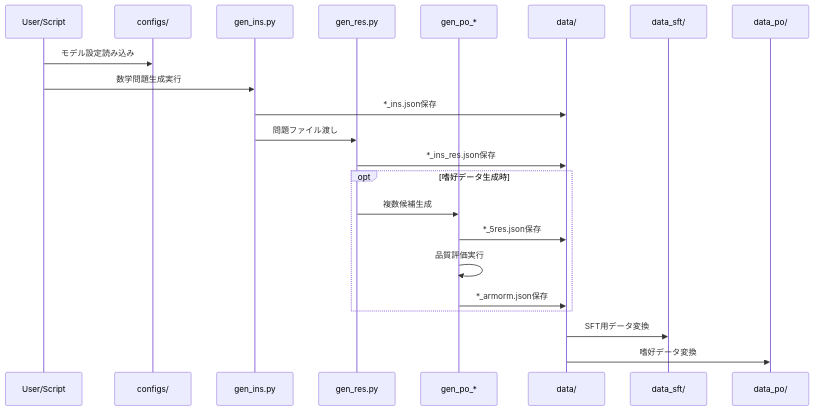
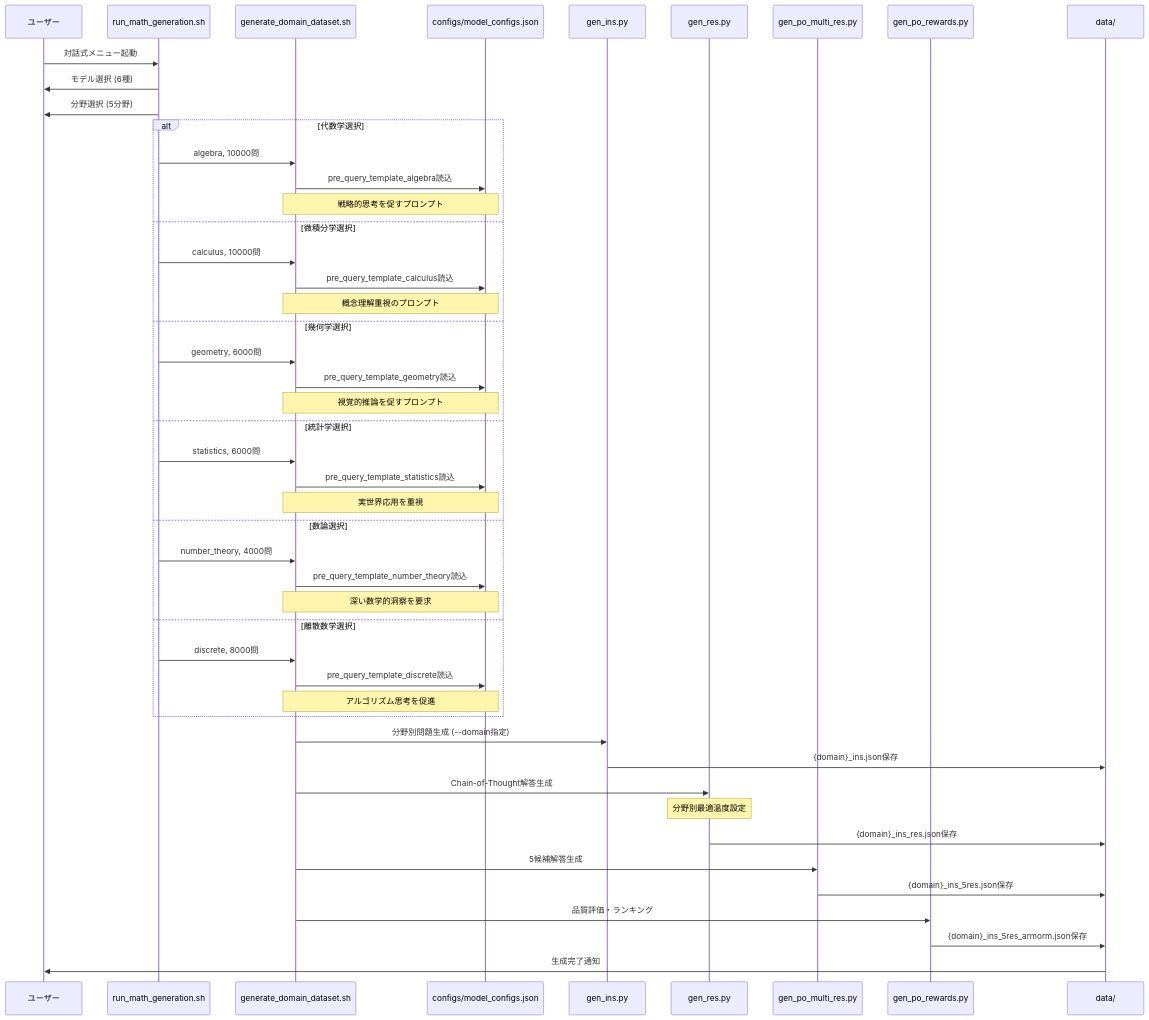
The third of 3 diagrams in README.md (Ohtani-y/magpie), drawn with Mermaid before and after one commit. The commit also changed other lines of this file and 27 other files, not shown here.

````diff
--- a/README.md
+++ b/README.md
@@ -195,28 +356,57 @@
 ```mermaid
 sequenceDiagram
-    participant U as User/Script
-    participant C as configs/
-    participant G1 as gen_ins.py
-    participant G2 as gen_res.py
-    participant G3 as gen_po_*
+    participant U as ユーザー
+    participant M as run_math_generation.sh
+    participant G as generate_domain_dataset.sh
+    participant C as configs/model_configs.json
+    participant I as gen_ins.py
+    participant R as gen_res.py
+    participant P as gen_po_multi_res.py
+    participant E as gen_po_rewards.py
     participant D as data/
-    participant DS as data_sft/
-    participant DP as data_po/
     
-    U->>C: モデル設定読み込み
-    U->>G1: 数学問題生成実行
-    G1->>D: *_ins.json保存
+    U->>M: 対話式メニュー起動
+    M->>U: モデル選択 (6種)
+    M->>U: 分野選択 (5分野)
     
-    G1->>G2: 問題ファイル渡し
-    G2->>D: *_ins_res.json保存
-    
-    opt 嗜好データ生成時
-        G2->>G3: 複数候補生成
-        G3->>D: *_5res.json保存
-        G3->>G3: 品質評価実行
-        G3->>D: *_armorm.json保存
+    alt 代数学選択
+        M->>G: algebra, 10000問
+        G->>C: pre_query_template_algebra読込
+        Note over G,C: 戦略的思考を促すプロンプト
+    else 微積分学選択
+        M->>G: calculus, 10000問
+        G->>C: pre_query_template_calculus読込
+        Note over G,C: 概念理解重視のプロンプト
+    else 幾何学選択
+        M->>G: geometry, 6000問
+        G->>C: pre_query_template_geometry読込
+        Note over G,C: 視覚的推論を促すプロンプト
+    else 統計学選択
+        M->>G: statistics, 6000問
+        G->>C: pre_query_template_statistics読込
+        Note over G,C: 実世界応用を重視
+    else 数論選択
+        M->>G: number_theory, 4000問
+        G->>C: pre_query_template_number_theory読込
+        Note over G,C: 深い数学的洞察を要求
+    else 離散数学選択
+        M->>G: discrete, 8000問
+        G->>C: pre_query_template_discrete読込
+        Note over G,C: アルゴリズム思考を促進
     end
     
-    D->>DS: SFT用データ変換
-    D->>DP: 嗜好データ変換
+    G->>I: 分野別問題生成 (--domain指定)
+    I->>D: {domain}_ins.json保存
+    
+    G->>R: Chain-of-Thought解答生成
+    Note over R: 分野別最適温度設定
+    R->>D: {domain}_ins_res.json保存
+    
+    G->>P: 5候補解答生成
+    P->>D: {domain}_ins_5res.json保存
+    
+    G->>E: 品質評価・ランキング
+    E->>D: {domain}_ins_5res_armorm.json保存
+    
+    D->>U: 生成完了通知
 ```
````
